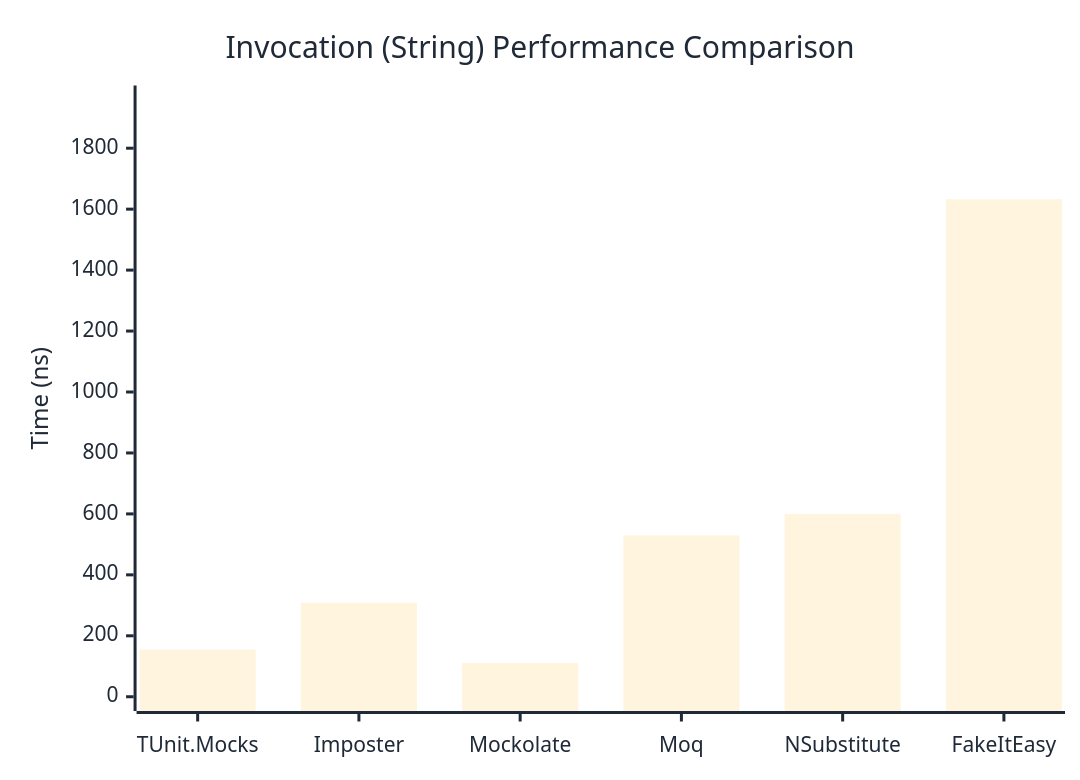
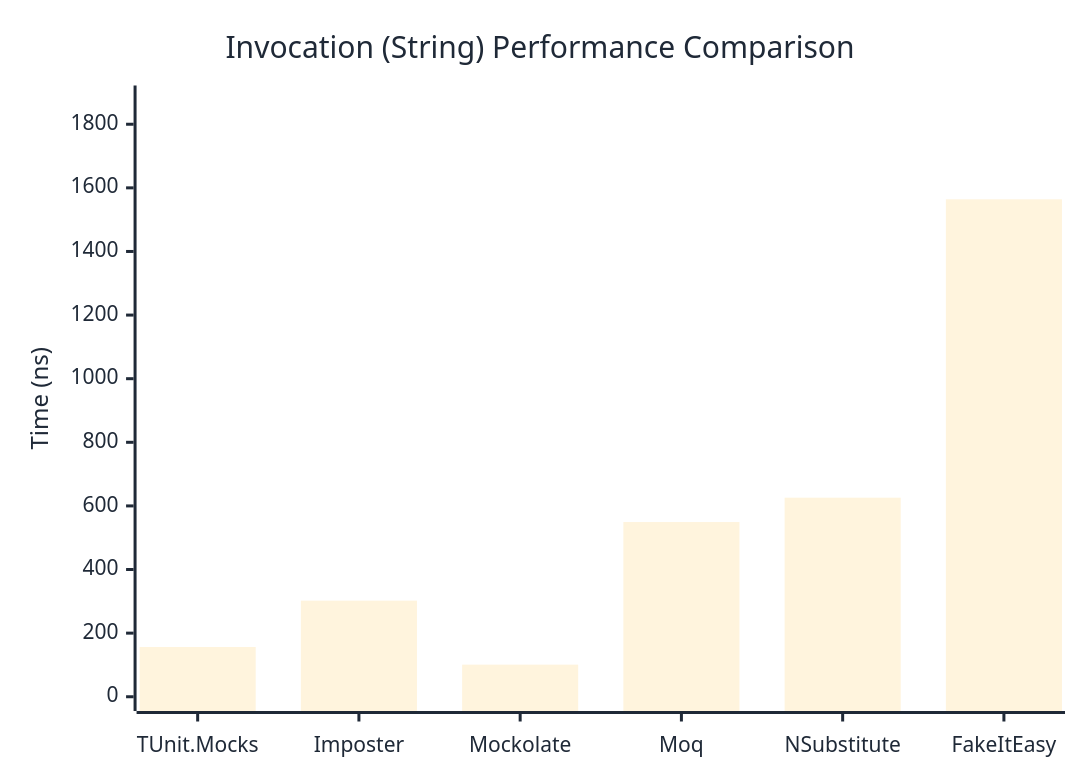
The second of 3 diagrams in docs/docs/benchmarks/mocks/Invocation.md (thomhurst/TUnit), drawn with Mermaid before and after one commit. The commit also changed other lines of this file and 14 other files, not shown here.

````diff
--- a/docs/docs/benchmarks/mocks/Invocation.md
+++ b/docs/docs/benchmarks/mocks/Invocation.md
@@ -69,27 +69,27 @@
 ```mermaid
 %%{init: {
   'theme':'base',
   'themeVariables': {
     'primaryColor': '#2563eb',
     'primaryTextColor': '#1f2937',
     'primaryBorderColor': '#1e40af',
     'lineColor': '#6b7280',
     'secondaryColor': '#7c3aed',
     'tertiaryColor': '#dc2626',
     'background': '#ffffff',
     'pie1': '#2563eb',
     'pie2': '#7c3aed',
     'pie3': '#dc2626',
     'pie4': '#f59e0b',
     'pie5': '#10b981',
     'pie6': '#06b6d4',
     'pie7': '#ec4899',
     'pie8': '#6366f1'
   }
 }}%%
 xychart-beta
   title "Invocation (String) Performance Comparison"
   x-axis ["TUnit.Mocks", "Imposter", "Mockolate", "Moq", "NSubstitute", "FakeItEasy"]
-  y-axis "Time (ns)" 0 --> 1959
-  bar [154.9, 308.2, 110.4, 529.3, 600.2, 1632]
+  y-axis "Time (ns)" 0 --> 1877
+  bar [156.4, 302.2, 100.9, 549.3, 625.9, 1564]
 ```
````
